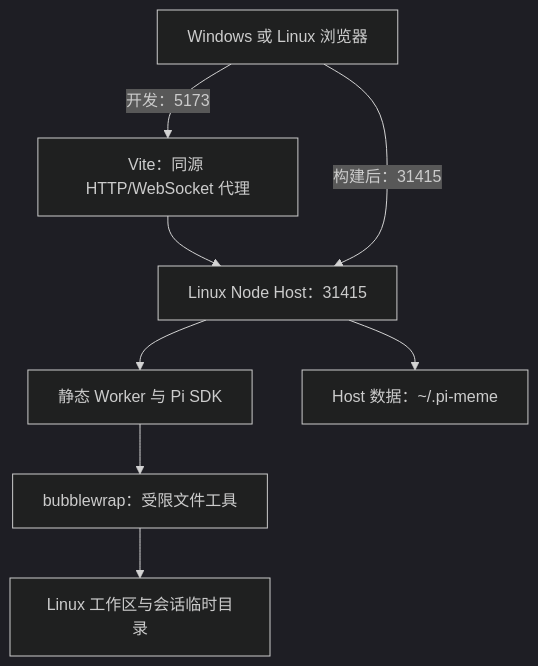
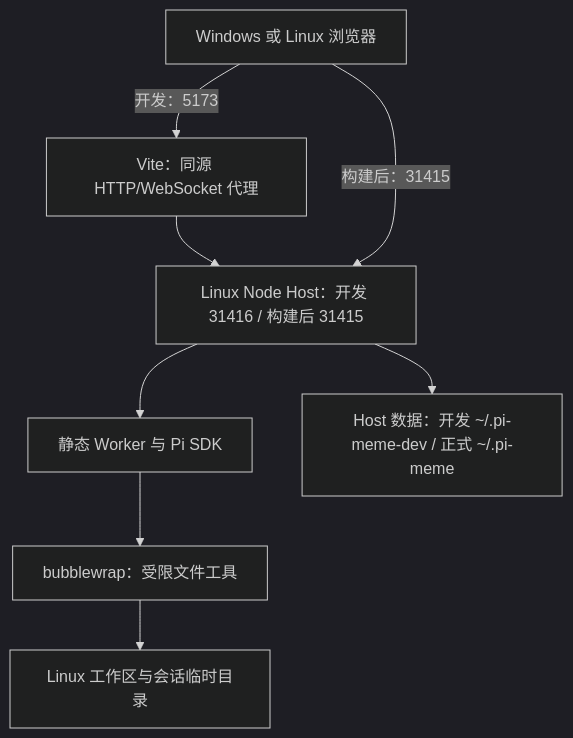
Before and after one commit to xidongdong-153/Pi-meme: the diagram in docs/linux-wsl.md, drawn with Mermaid. The commit also changed other lines of this file and 28 other files, not shown here.

First line of the commit message:
fix: 隔离开发环境认证并完善会话图片预览

````diff
--- a/docs/linux-wsl.md
+++ b/docs/linux-wsl.md
@@ -54,11 +54,11 @@
 ```mermaid
 %%{init: {"theme": "dark"}}%%
 flowchart TD
   Browser["Windows 或 Linux 浏览器"] -->|开发：5173| Vite["Vite：同源 HTTP/WebSocket 代理"]
-  Vite --> Host["Linux Node Host：31415"]
+  Vite --> Host["Linux Node Host：开发 31416 / 构建后 31415"]
   Browser -->|构建后：31415| Host
   Host --> Worker["静态 Worker 与 Pi SDK"]
   Worker --> Sandbox["bubblewrap：受限文件工具"]
   Sandbox --> Project["Linux 工作区与会话临时目录"]
-  Host --> Data["Host 数据：~/.pi-meme"]
+  Host --> Data["Host 数据：开发 ~/.pi-meme-dev / 正式 ~/.pi-meme"]
 ```
````
